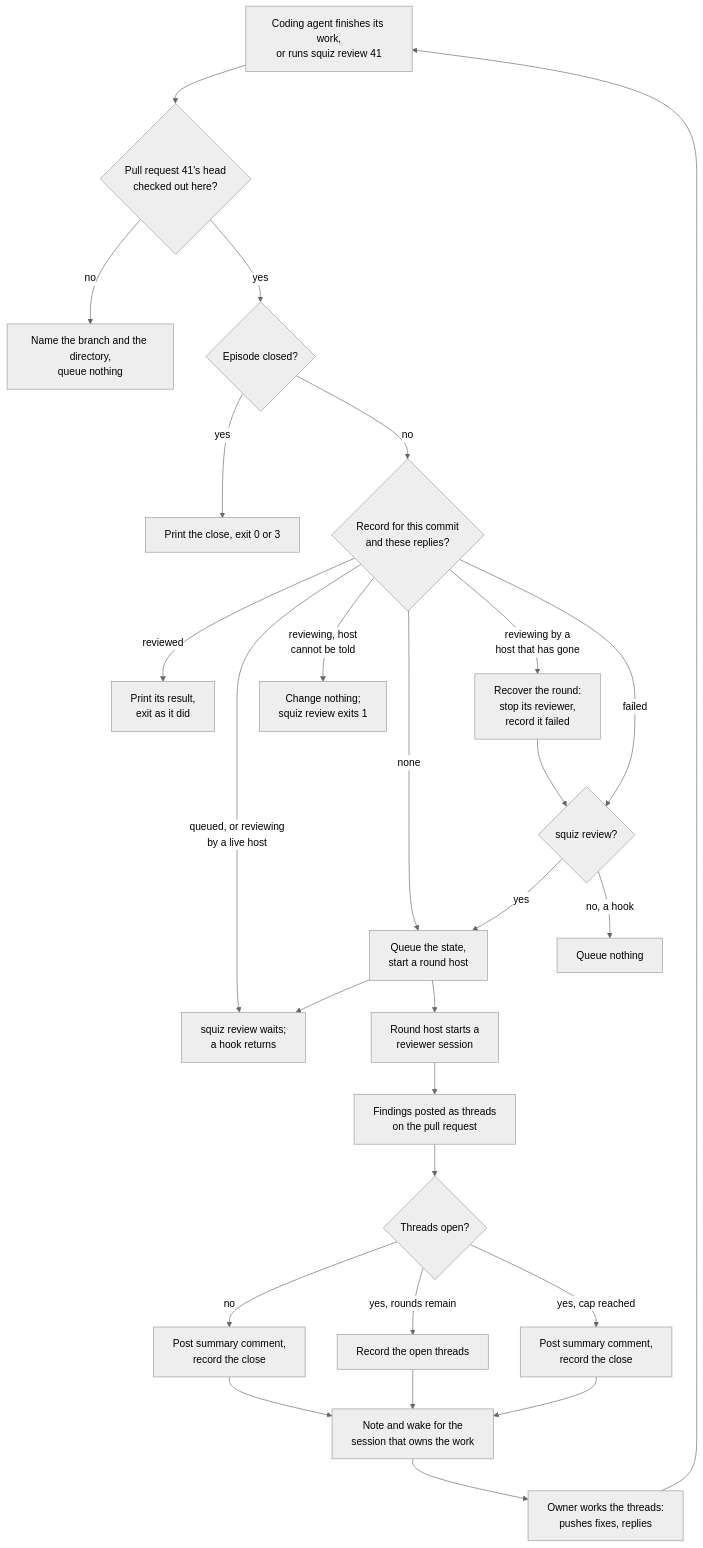
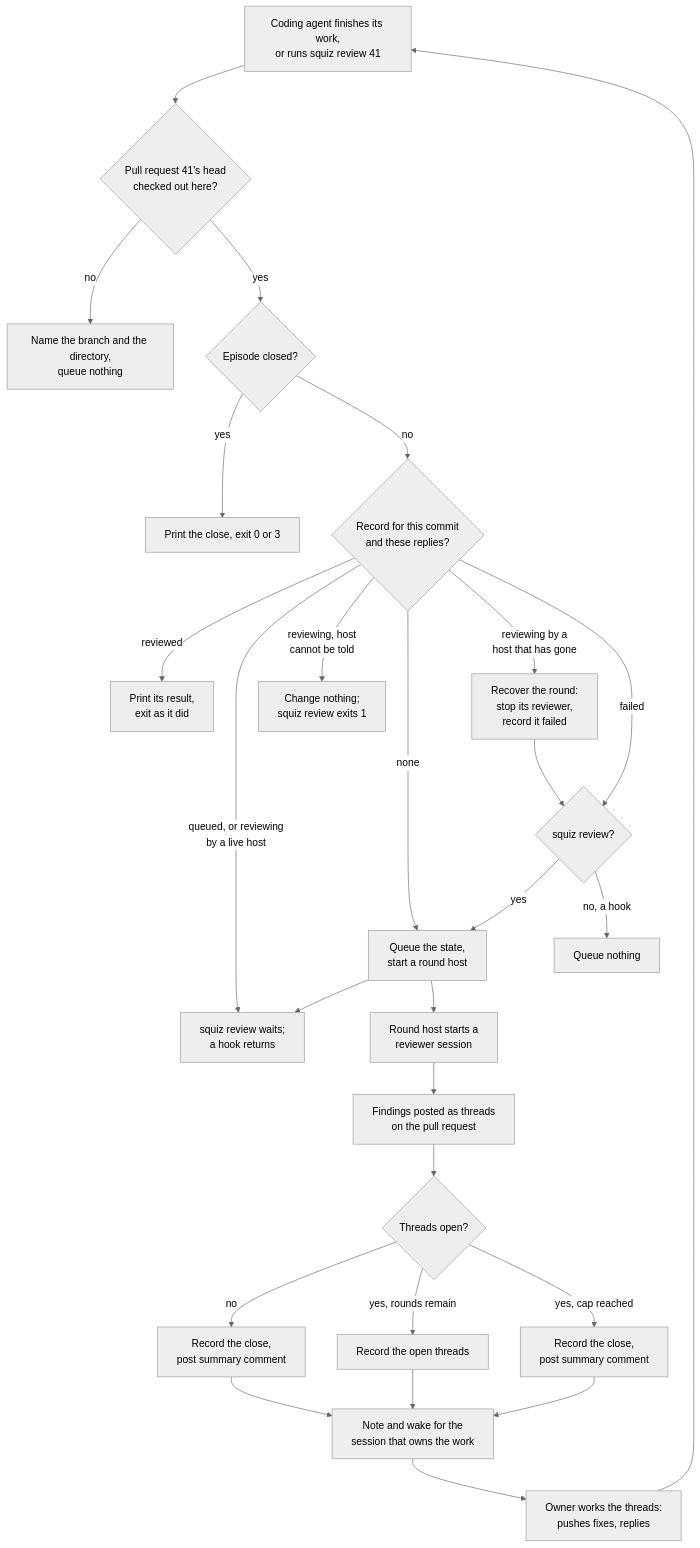
One commit to jacygao/squiz changed the first of 2 diagrams in docs/specs/review-harness-spec.md. Above: the diagram before and after it, drawn with Mermaid (neutral theme). The commit also changed other lines of this file and 1 other file, not shown here.

First line of the commit message:
Say once that the close is recorded before the summary

````diff
--- a/docs/specs/review-harness-spec.md
+++ b/docs/specs/review-harness-spec.md
@@ -370,29 +372,29 @@
 ```mermaid
 flowchart TD
     A[Coding agent finishes its work,<br/>or runs squiz review 41] --> C{Pull request 41's head<br/>checked out here?}
     C -->|no| L[Name the branch and the directory,<br/>queue nothing]
     C -->|yes| K{Episode closed?}
     K -->|yes| D[Print the close, exit 0 or 3]
     K -->|no| R{Record for this commit<br/>and these replies?}
     R -->|reviewed| P[Print its result,<br/>exit as it did]
     R -->|queued, or reviewing<br/>by a live host| W[squiz review waits;<br/>a hook returns]
     R -->|reviewing, host<br/>cannot be told| U[Change nothing;<br/>squiz review exits 1]
     R -->|none| Q[Queue the state,<br/>start a round host]
     R -->|reviewing by a<br/>host that has gone| V[Recover the round:<br/>stop its reviewer,<br/>record it failed]
     V --> X
     R -->|failed| X{squiz review?}
     X -->|yes| Q
     X -->|no, a hook| Y[Queue nothing]
     Q --> W
     Q --> H[Round host starts a<br/>reviewer session]
     H --> F[Findings posted as threads<br/>on the pull request]
     F --> G{Threads open?}
-    G -->|no| I[Post summary comment,<br/>record the close]
+    G -->|no| I[Record the close,<br/>post summary comment]
     G -->|yes, rounds remain| M[Record the open threads]
-    G -->|yes, cap reached| J[Post summary comment,<br/>record the close]
+    G -->|yes, cap reached| J[Record the close,<br/>post summary comment]
     I --> N[Note and wake for the<br/>session that owns the work]
     M --> N
     J --> N
     N --> O[Owner works the threads:<br/>pushes fixes, replies]
     O --> A
 ```
````
